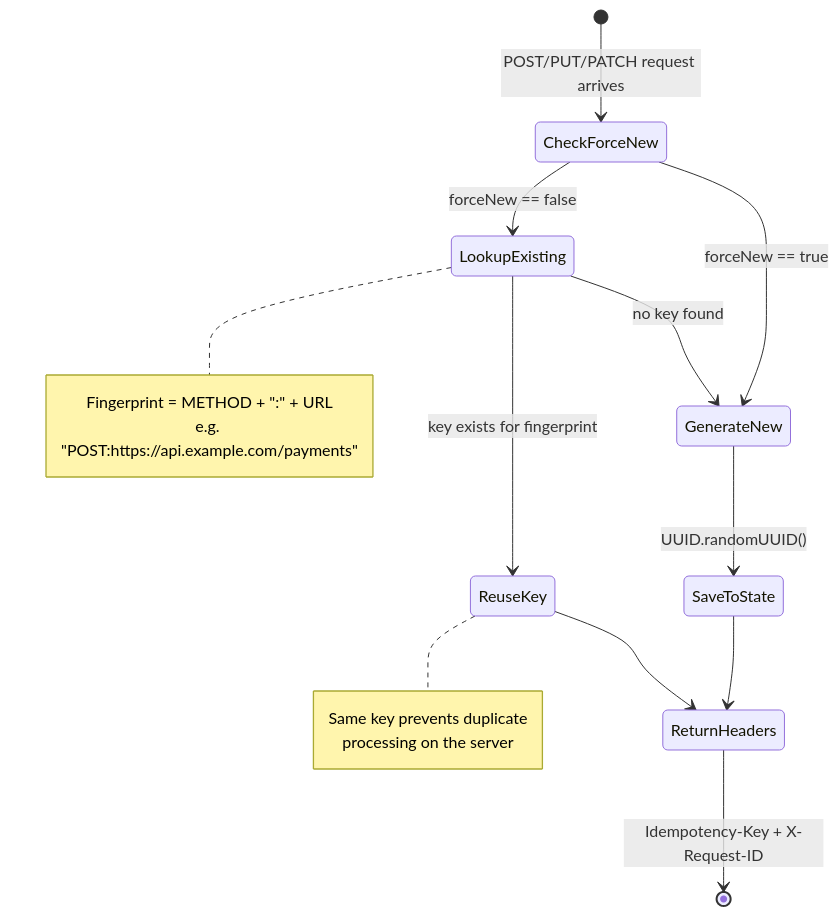
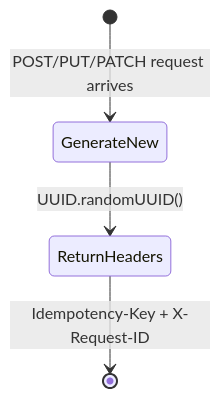
Before and after one commit to Pskuntal1248/http-client-INTEND: the fourth of 6 diagrams in docs/LLD.md, drawn with Mermaid. The commit also changed other lines of this file and 4 other files, not shown here.

````diff
--- a/docs/LLD.md
+++ b/docs/LLD.md
@@ -904,27 +852,6 @@
 ```mermaid
 stateDiagram-v2
-    [*] --> CheckForceNew: POST/PUT/PATCH request arrives
-
-    CheckForceNew --> GenerateNew: forceNew == true
-    CheckForceNew --> LookupExisting: forceNew == false
-
-    LookupExisting --> ReuseKey: key exists for fingerprint
-    LookupExisting --> GenerateNew: no key found
-
-    GenerateNew --> SaveToState: UUID.randomUUID()
-    SaveToState --> ReturnHeaders
-
-    ReuseKey --> ReturnHeaders
-
+    [*] --> GenerateNew: POST/PUT/PATCH request arrives
+    GenerateNew --> ReturnHeaders: UUID.randomUUID()
     ReturnHeaders --> [*]: Idempotency-Key + X-Request-ID
-
-    note right of LookupExisting
-        Fingerprint = METHOD + ":" + URL
-        e.g. "POST:https://api.example.com/payments"
-    end note
-
-    note right of ReuseKey
-        Same key prevents duplicate
-        processing on the server
-    end note
 ```
````
